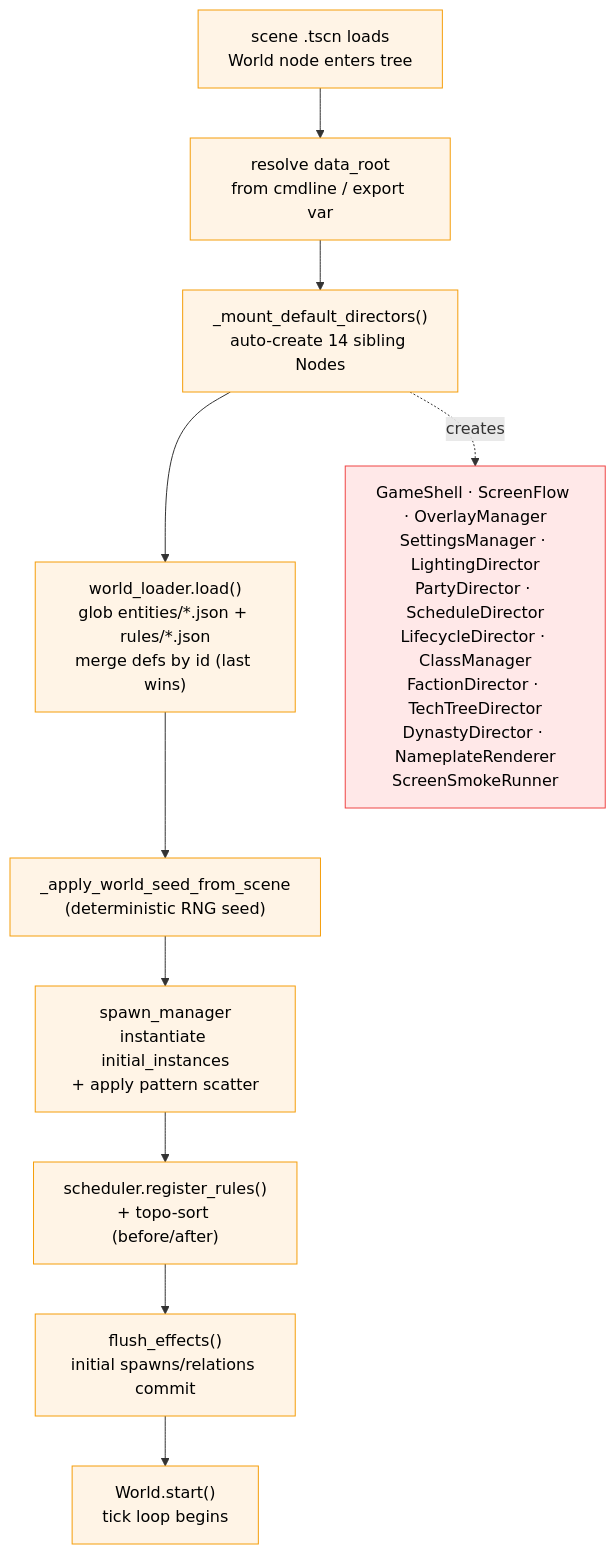
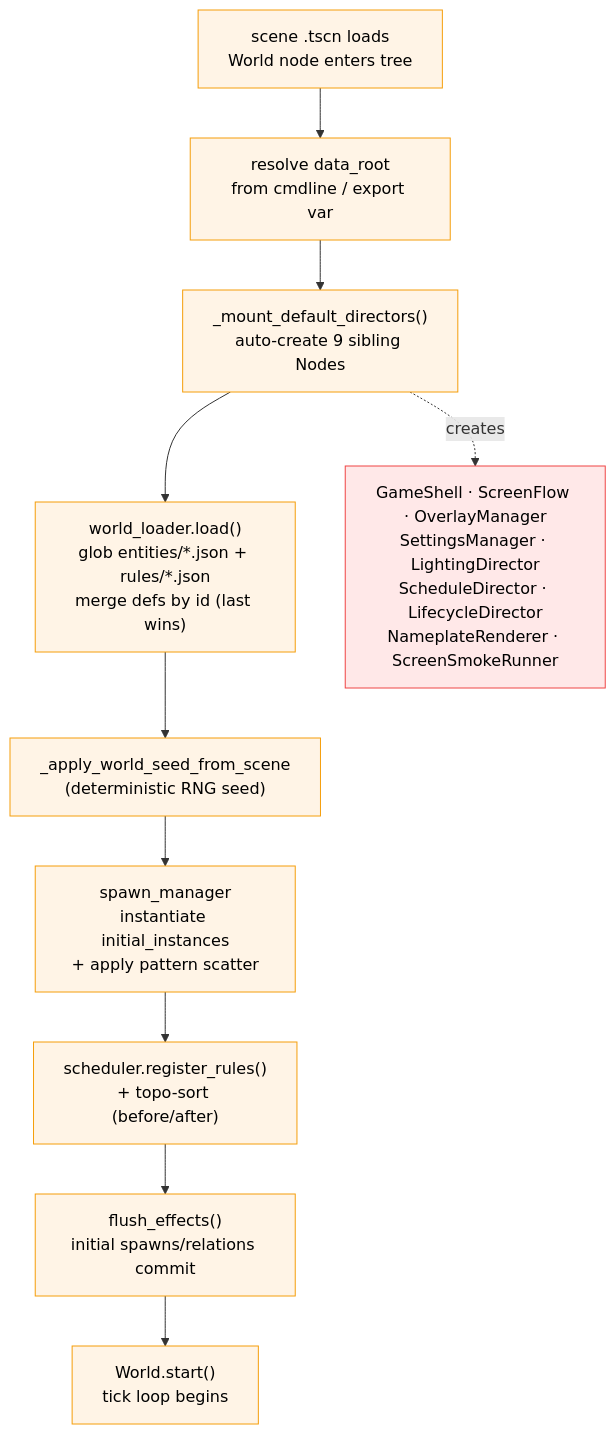
Before and after one commit to kamwoh/yume: the fifth of 10 diagrams in docs/guideline/33_architecture.md, drawn with Mermaid. The commit also changed other lines of this file and 47 other files, not shown here.

````diff
--- a/docs/guideline/33_architecture.md
+++ b/docs/guideline/33_architecture.md
@@ -230,18 +230,18 @@
 ```mermaid
 flowchart TB
     START["scene .tscn loads<br/>World node enters tree"] --> RESOLVE["resolve data_root<br/>from cmdline / export var"]
-    RESOLVE --> MOUNT["_mount_default_directors()<br/>auto-create 14 sibling Nodes"]
+    RESOLVE --> MOUNT["_mount_default_directors()<br/>auto-create 9 sibling Nodes"]
     MOUNT --> LOAD["world_loader.load()<br/>glob entities/*.json + rules/*.json<br/>merge defs by id (last wins)"]
     LOAD --> SEED["_apply_world_seed_from_scene<br/>(deterministic RNG seed)"]
     SEED --> SPAWN["spawn_manager<br/>instantiate initial_instances<br/>+ apply pattern scatter"]
     SPAWN --> REG["scheduler.register_rules()<br/>+ topo-sort (before/after)"]
     REG --> FLUSH["flush_effects()<br/>initial spawns/relations commit"]
     FLUSH --> READY["World.start()<br/>tick loop begins"]
 
-    MOUNT -.creates.-> DIRS["GameShell · ScreenFlow · OverlayManager<br/>SettingsManager · LightingDirector<br/>PartyDirector · ScheduleDirector<br/>LifecycleDirector · ClassManager<br/>FactionDirector · TechTreeDirector<br/>DynastyDirector · NameplateRenderer<br/>ScreenSmokeRunner"]
+    MOUNT -.creates.-> DIRS["GameShell · ScreenFlow · OverlayManager<br/>SettingsManager · LightingDirector<br/>ScheduleDirector · LifecycleDirector<br/>NameplateRenderer · ScreenSmokeRunner"]
 
     classDef e fill:#fff4e6,stroke:#f59e0b,color:#000
     classDef d fill:#ffe8e8,stroke:#ef4444,color:#000
     class START,RESOLVE,MOUNT,LOAD,SEED,SPAWN,REG,FLUSH,READY e
     class DIRS d
 ```
````
